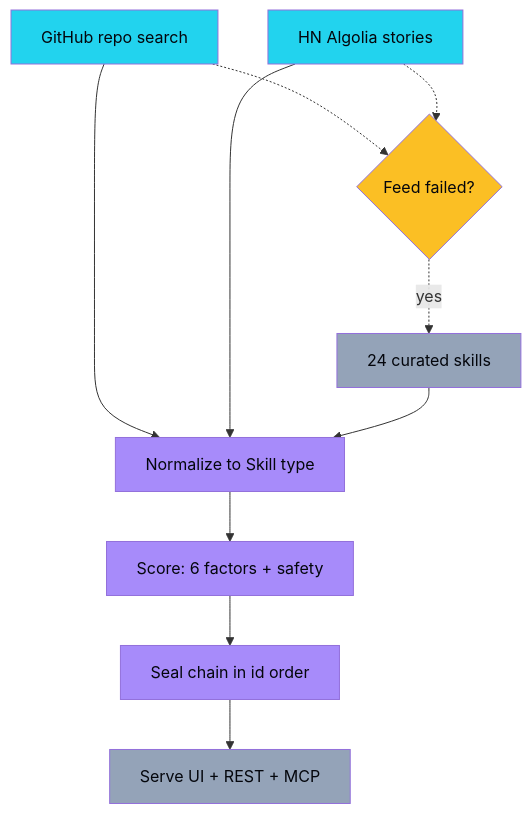
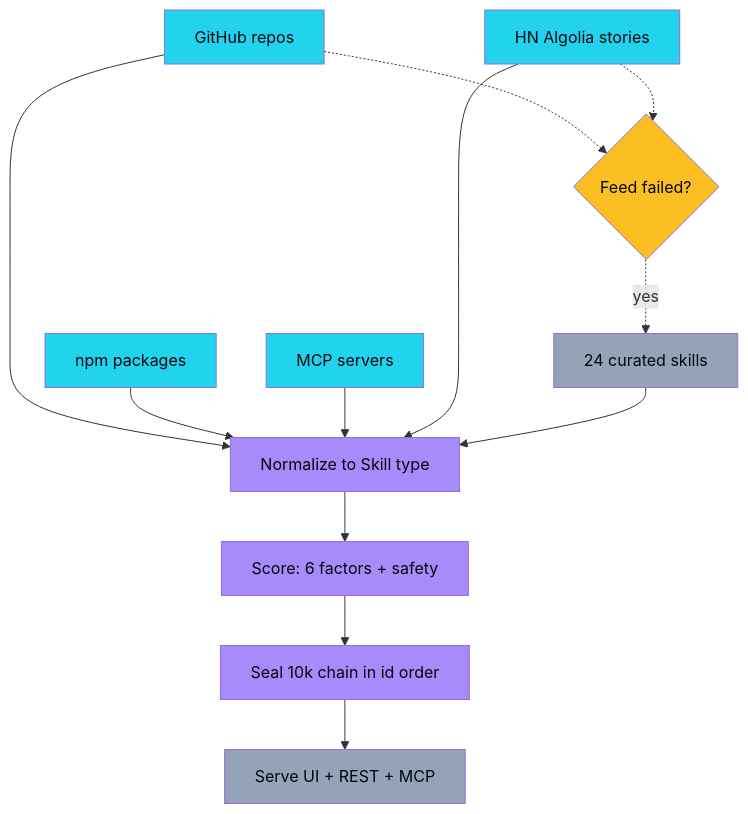
One commit to aniruddhaadak80/skillforge changed the second of 10 diagrams in README.md. Above: the diagram before and after it, drawn with Mermaid. The commit also changed other lines of this file and 37 other files, not shown here.

````diff
--- a/README.md
+++ b/README.md
@@ -59,20 +63,22 @@
 ```mermaid
 flowchart TB
-    GH[GitHub repo search] --> NORM[Normalize to Skill type]
+    GH[GitHub repos] --> NORM[Normalize to Skill type]
+    NPM[npm packages] --> NORM
+    MCP[MCP servers] --> NORM
     HN[HN Algolia stories] --> NORM
     CUR[24 curated skills] --> NORM
     NORM --> SCORE[Score: 6 factors + safety]
-    SCORE --> CHAIN[Seal chain in id order]
+    SCORE --> CHAIN[Seal 10k chain in id order]
     CHAIN --> SERVE[Serve UI + REST + MCP]
     FAIL{Feed failed?} -.->|yes| CUR
     GH -.-> FAIL
     HN -.-> FAIL
     classDef live fill:#22d3ee,color:#04060c;
     classDef ai fill:#a78bfa,color:#04060c;
     classDef caution fill:#fbbf24,color:#04060c;
     classDef infra fill:#94a3b8,color:#04060c;
-    class GH,HN live;
+    class GH,HN,NPM,MCP live;
     class NORM,SCORE,CHAIN ai;
     class FAIL caution;
     class CUR,SERVE infra;
 ```
````
